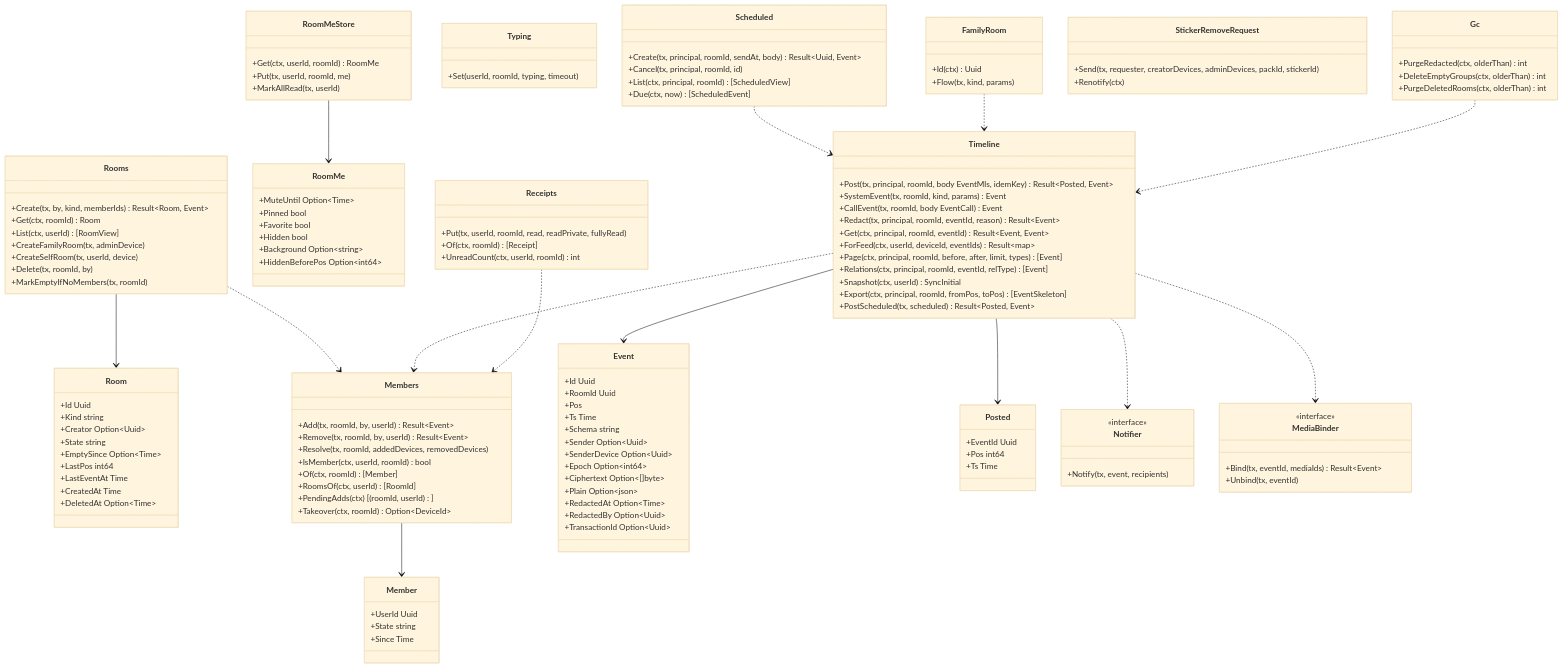
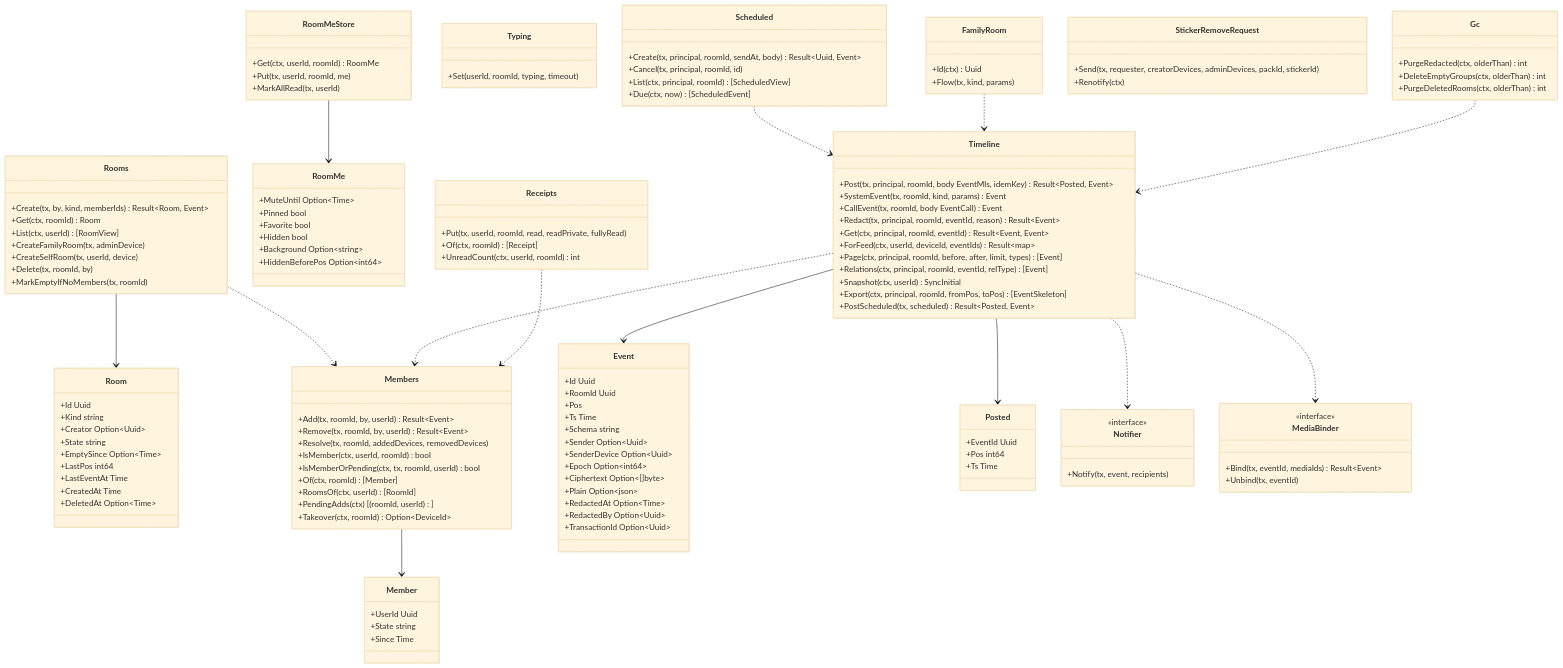
The diagram in dev/docs/jp/ブロック/srv-rooms.md (nrsd-ishikawasou/family-talk-pwa), drawn with Mermaid (base theme) before and after one commit. The commit also changed other lines of this file and 165 other files, not shown here.

```diff
--- a/dev/docs/jp/ブロック/srv-rooms.md
+++ b/dev/docs/jp/ブロック/srv-rooms.md
@@ -77,6 +80,7 @@
     +Remove(tx, roomId, by, userId) Result~Event~
     +Resolve(tx, roomId, addedDevices, removedDevices)
     +IsMember(ctx, userId, roomId) bool
+    +IsMemberOrPending(ctx, tx, roomId, userId) bool
     +Of(ctx, roomId) [Member]
     +RoomsOf(ctx, userId) [RoomId]
     +PendingAdds(ctx) [(roomId, userId)]
```
